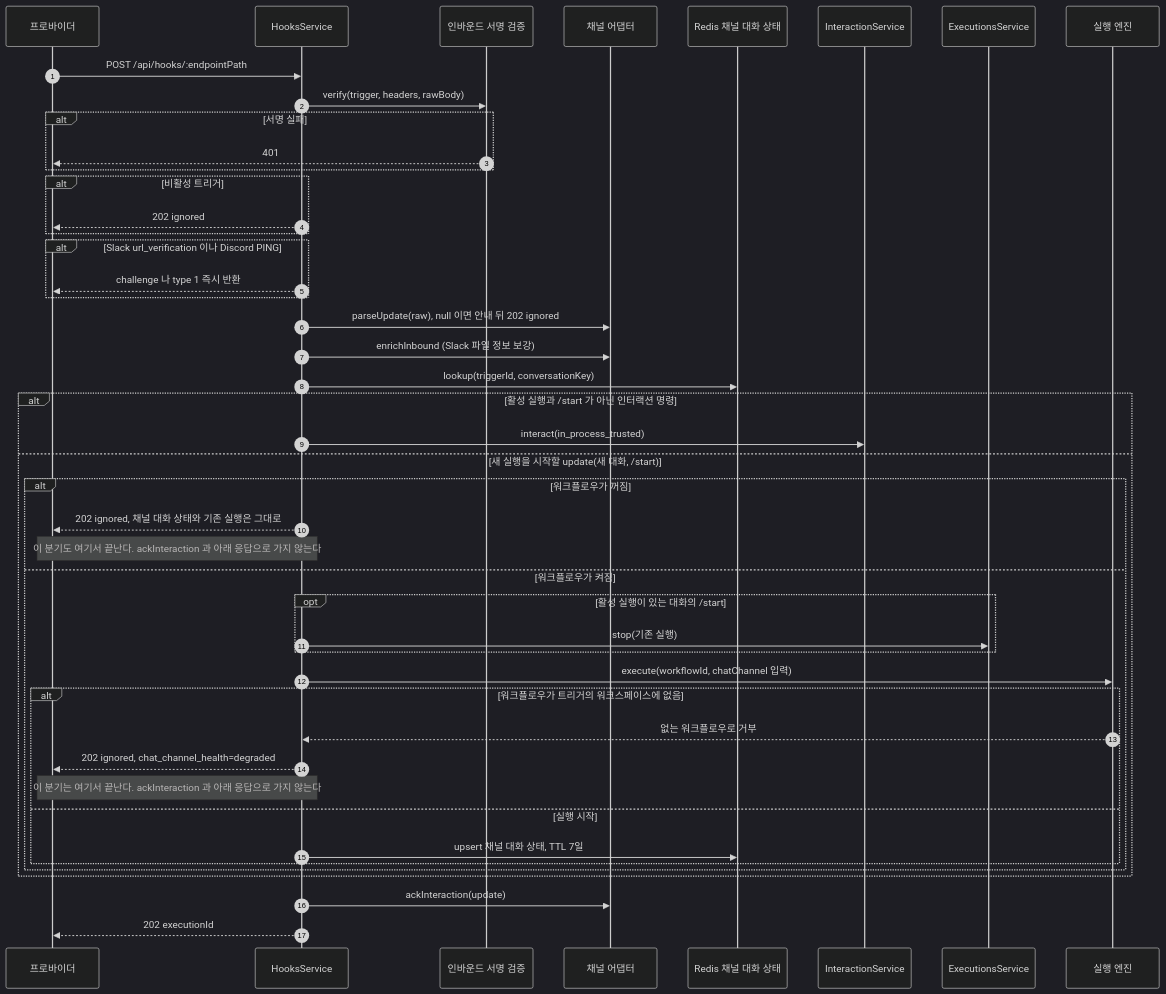
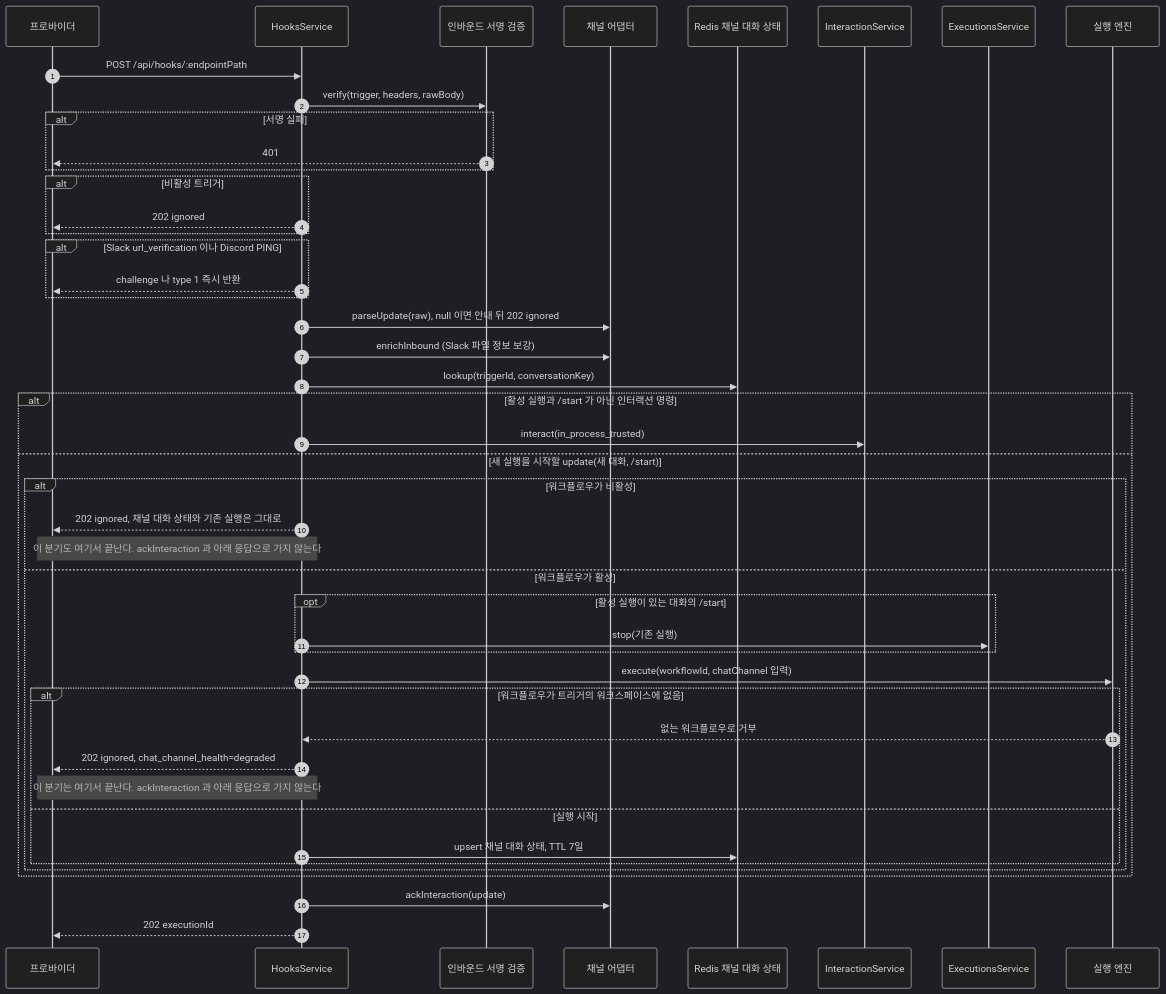
Before and after one commit to worker-ants/clemvion: the first of 3 diagrams in spec/CLE-CHAT/CLE-CHAT-DATA.md, drawn with Mermaid (dark theme). The commit also changed other lines of this file and 13 other files, not shown here.

````diff
--- a/spec/CLE-CHAT/CLE-CHAT-DATA.md
+++ b/spec/CLE-CHAT/CLE-CHAT-DATA.md
@@ -199,48 +199,48 @@
 ```mermaid
 sequenceDiagram
   autonumber
   participant Ext as 프로바이더
   participant Hk as HooksService
   participant Auth as 인바운드 서명 검증
   participant Ad as 채널 어댑터
   participant R as Redis 채널 대화 상태
   participant Int as InteractionService
   participant X as ExecutionsService
   participant Eng as 실행 엔진
   Ext->>Hk: POST /api/hooks/:endpointPath
   Hk->>Auth: verify(trigger, headers, rawBody)
   alt 서명 실패
     Auth-->>Ext: 401
   end
   alt 비활성 트리거
     Hk-->>Ext: 202 ignored
   end
   alt Slack url_verification 이나 Discord PING
     Hk-->>Ext: challenge 나 type 1 즉시 반환
   end
   Hk->>Ad: parseUpdate(raw), null 이면 안내 뒤 202 ignored
   Hk->>Ad: enrichInbound (Slack 파일 정보 보강)
   Hk->>R: lookup(triggerId, conversationKey)
   alt 활성 실행과 /start 가 아닌 인터랙션 명령
     Hk->>Int: interact(in_process_trusted)
   else 새 실행을 시작할 update(새 대화, /start)
-    alt 워크플로우가 꺼짐
+    alt 워크플로우가 비활성
       Hk-->>Ext: 202 ignored, 채널 대화 상태와 기존 실행은 그대로
       Note over Hk,Ext: 이 분기도 여기서 끝난다. ackInteraction 과 아래 응답으로 가지 않는다
-    else 워크플로우가 켜짐
+    else 워크플로우가 활성
       opt 활성 실행이 있는 대화의 /start
         Hk->>X: stop(기존 실행)
       end
       Hk->>Eng: execute(workflowId, chatChannel 입력)
       alt 워크플로우가 트리거의 워크스페이스에 없음
         Eng-->>Hk: 없는 워크플로우로 거부
         Hk-->>Ext: 202 ignored, chat_channel_health=degraded
         Note over Hk,Ext: 이 분기는 여기서 끝난다. ackInteraction 과 아래 응답으로 가지 않는다
       else 실행 시작
         Hk->>R: upsert 채널 대화 상태, TTL 7일
       end
     end
   end
   Hk->>Ad: ackInteraction(update)
   Hk-->>Ext: 202 executionId
 ```
````
